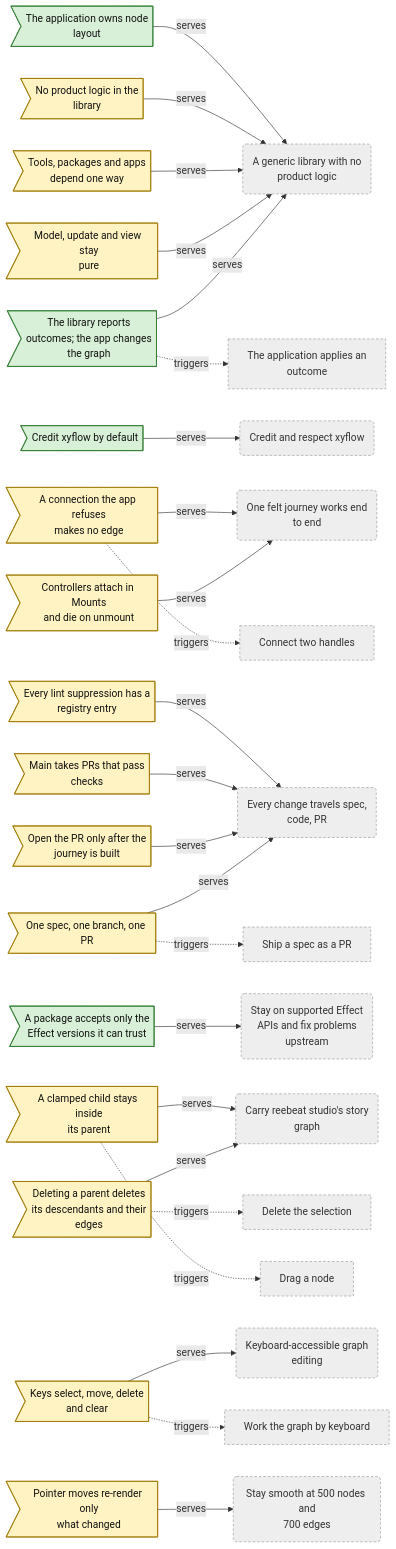
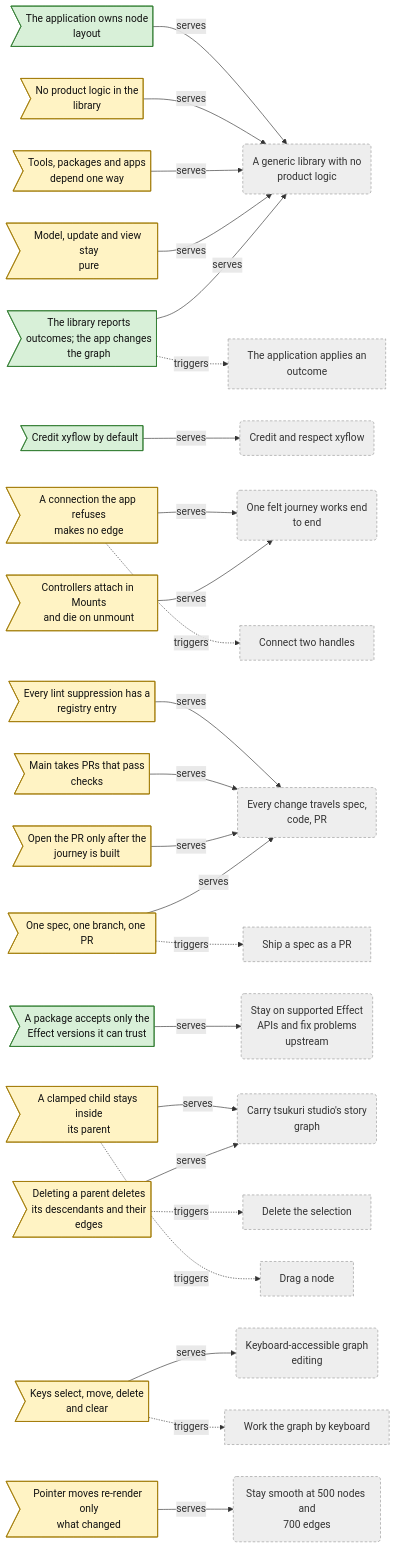
The fourth of 4 diagrams in docs/business-rules.md (reebeat/.github), drawn with Mermaid before and after one commit. The commit also changed other lines of this file and 71 other files, not shown here.

First line of the commit message:
chore: rename reebeat to tsukuri (spec 0003)

````diff
--- a/docs/business-rules.md
+++ b/docs/business-rules.md
@@ -348,61 +348,61 @@
 ```mermaid
 flowchart LR
     classDef decided fill:#d8f0d8,stroke:#2d7a2d,color:#111
     classDef proposed fill:#fff3c4,stroke:#a07800,color:#111
     classDef open fill:#f8d7d7,stroke:#a02020,color:#111
     classDef outside fill:#eee,stroke:#999,color:#333,stroke-dasharray:4 3
     rule_flow_outcomes_not_mutations>"The library reports<br/>outcomes; the app changes<br/>the graph"]:::decided
     rule_flow_controllers_in_mounts>"Controllers attach in Mounts<br/>and die on unmount"]:::proposed
     rule_flow_pure_update>"Model, update and view stay<br/>pure"]:::proposed
     rule_flow_dependency_direction>"Tools, packages and apps<br/>depend one way"]:::proposed
     rule_flow_no_product_logic>"No product logic in the<br/>library"]:::proposed
     rule_flow_layout_by_app>"The application owns node<br/>layout"]:::decided
     rule_flow_attribution_default>"Credit xyflow by default"]:::decided
     rule_flow_spec_code_pr>"One spec, one branch, one PR"]:::proposed
     rule_flow_pr_after_ready>"Open the PR only after the<br/>journey is built"]:::proposed
     rule_flow_main_protected>"Main takes PRs that pass<br/>checks"]:::proposed
     rule_flow_exceptions_registered>"Every lint suppression has a<br/>registry entry"]:::proposed
     rule_flow_effect_range_by_stability>"A package accepts only the<br/>Effect versions it can trust"]:::decided
     rule_flow_delete_closure>"Deleting a parent deletes<br/>its descendants and their<br/>edges"]:::proposed
     rule_flow_invalid_connection_refused>"A connection the app refuses<br/>makes no edge"]:::proposed
     rule_flow_child_clamp>"A clamped child stays inside<br/>its parent"]:::proposed
     rule_flow_keyboard_actions>"Keys select, move, delete<br/>and clear"]:::proposed
     rule_flow_memoised_views>"Pointer moves re-render only<br/>what changed"]:::proposed
     goal_flow_generic_library("A generic library with no<br/>product logic"):::outside
     process_flow_apply_outcome["The application applies an<br/>outcome"]:::outside
     goal_flow_first_journey("One felt journey works end<br/>to end"):::outside
     goal_flow_respect_xyflow("Credit and respect xyflow"):::outside
     goal_flow_lifecycle("Every change travels spec,<br/>code, PR"):::outside
     process_flow_ship_spec["Ship a spec as a PR"]:::outside
     goal_org_stay_on_supported_stack("Stay on supported Effect<br/>APIs and fix problems<br/>upstream"):::outside
-    goal_flow_studio_story_graph("Carry reebeat studio's story<br/>graph"):::outside
+    goal_flow_studio_story_graph("Carry tsukuri studio's story<br/>graph"):::outside
     process_flow_delete_selection["Delete the selection"]:::outside
     process_flow_connect_handles["Connect two handles"]:::outside
     process_flow_drag_node["Drag a node"]:::outside
     goal_flow_keyboard_access("Keyboard-accessible graph<br/>editing"):::outside
     process_flow_keyboard_navigate["Work the graph by keyboard"]:::outside
     goal_flow_performance("Stay smooth at 500 nodes and<br/>700 edges"):::outside
     rule_flow_outcomes_not_mutations -->|serves| goal_flow_generic_library
     rule_flow_outcomes_not_mutations -.->|triggers| process_flow_apply_outcome
     rule_flow_controllers_in_mounts -->|serves| goal_flow_first_journey
     rule_flow_pure_update -->|serves| goal_flow_generic_library
     rule_flow_dependency_direction -->|serves| goal_flow_generic_library
     rule_flow_no_product_logic -->|serves| goal_flow_generic_library
     rule_flow_layout_by_app -->|serves| goal_flow_generic_library
     rule_flow_attribution_default -->|serves| goal_flow_respect_xyflow
     rule_flow_spec_code_pr -->|serves| goal_flow_lifecycle
     rule_flow_spec_code_pr -.->|triggers| process_flow_ship_spec
     rule_flow_pr_after_ready -->|serves| goal_flow_lifecycle
     rule_flow_main_protected -->|serves| goal_flow_lifecycle
     rule_flow_exceptions_registered -->|serves| goal_flow_lifecycle
     rule_flow_effect_range_by_stability -->|serves| goal_org_stay_on_supported_stack
     rule_flow_delete_closure -->|serves| goal_flow_studio_story_graph
     rule_flow_delete_closure -.->|triggers| process_flow_delete_selection
     rule_flow_invalid_connection_refused -->|serves| goal_flow_first_journey
     rule_flow_invalid_connection_refused -.->|triggers| process_flow_connect_handles
     rule_flow_child_clamp -->|serves| goal_flow_studio_story_graph
     rule_flow_child_clamp -.->|triggers| process_flow_drag_node
     rule_flow_keyboard_actions -->|serves| goal_flow_keyboard_access
     rule_flow_keyboard_actions -.->|triggers| process_flow_keyboard_navigate
     rule_flow_memoised_views -->|serves| goal_flow_performance
 ```
````
